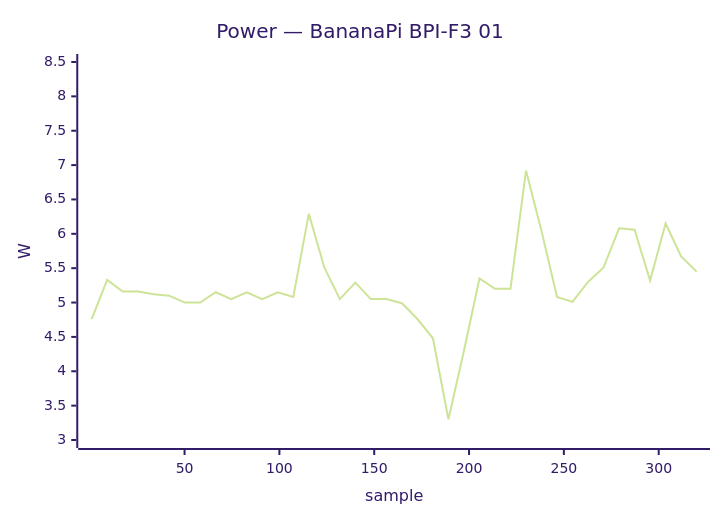
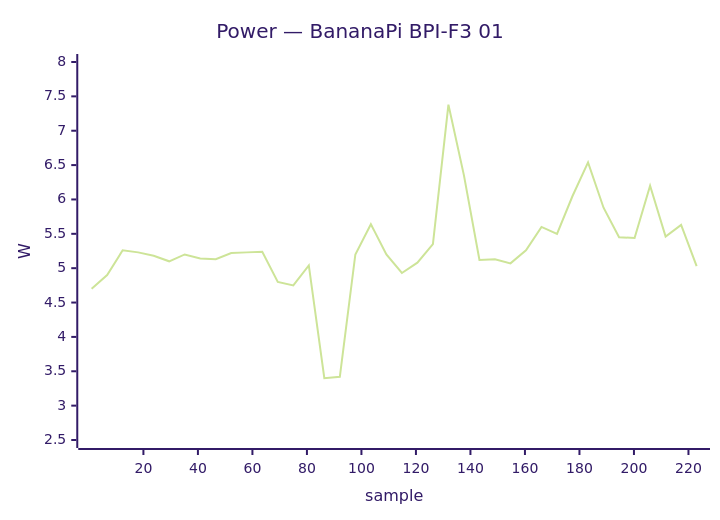
Diagram 12 of 34 in docs/status/board-tests.md (armbian/documentation), drawn with Mermaid (forest theme) before and after one commit. The commit also changed other lines of this file, not shown here.

````diff
--- a/docs/status/board-tests.md
+++ b/docs/status/board-tests.md
@@ -1106,7 +487,7 @@
 ```mermaid
 xychart-beta
     title "Power — BananaPi BPI-F3 01"
-    x-axis "sample" 1 --> 320
-    y-axis "W" 3.0 --> 8.5
-    line [4.76, 5.33, 5.16, 5.16, 5.12, 5.10, 5.00, 5.00, 5.15, 5.05, 5.15, 5.05, 5.15, 5.08, 6.29, 5.51, 5.05, 5.29, 5.05, 5.05, 4.99, 4.76, 4.48, 3.30, 4.30, 5.35, 5.20, 5.20, 6.92, 6.04, 5.08, 5.01, 5.30, 5.51, 6.08, 6.06, 5.32, 6.15, 5.67, 5.45]
+    x-axis "sample" 1 --> 223
+    y-axis "W" 2.5 --> 8.0
+    line [4.70, 4.90, 5.26, 5.23, 5.18, 5.10, 5.20, 5.14, 5.13, 5.22, 5.23, 5.24, 4.80, 4.75, 5.04, 3.40, 3.42, 5.20, 5.64, 5.20, 4.93, 5.08, 5.35, 7.38, 6.35, 5.12, 5.13, 5.07, 5.26, 5.60, 5.50, 6.05, 6.54, 5.88, 5.45, 5.44, 6.20, 5.46, 5.63, 5.03]
 ```
````
